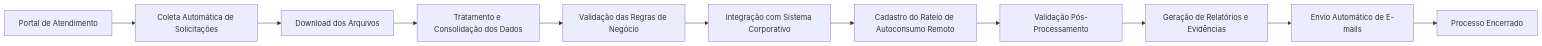
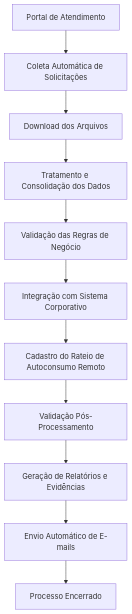
The diagram in README.pt-BR.md (vanessabfabri/rpa-remote-self-consumption-registration), drawn with Mermaid before and after one commit.

````diff
--- a/README.pt-BR.md
+++ b/README.pt-BR.md
@@ -123,14 +123,14 @@
 ```mermaid
-flowchart LR
+flowchart TD
 
 A[Portal de Atendimento] --> B[Coleta Automática de Solicitações]
 B --> C[Download dos Arquivos]
 C --> D[Tratamento e Consolidação dos Dados]
 D --> E[Validação das Regras de Negócio]
 E --> F[Integração com Sistema Corporativo]
 F --> G[Cadastro do Rateio de Autoconsumo Remoto]
 G --> H[Validação Pós-Processamento]
 H --> I[Geração de Relatórios e Evidências]
 I --> J[Envio Automático de E-mails]
 J --> K[Processo Encerrado]
 ```
````
